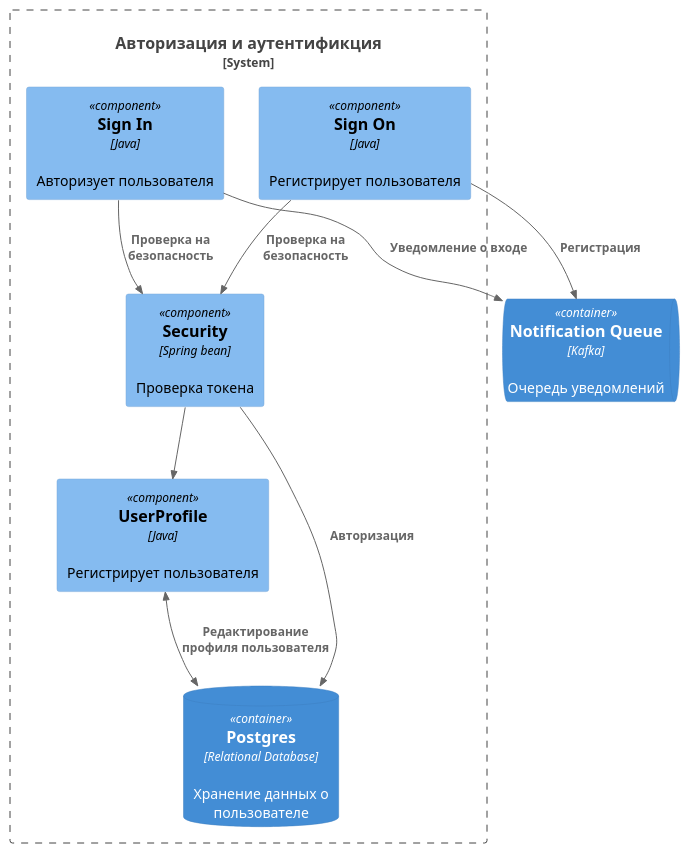
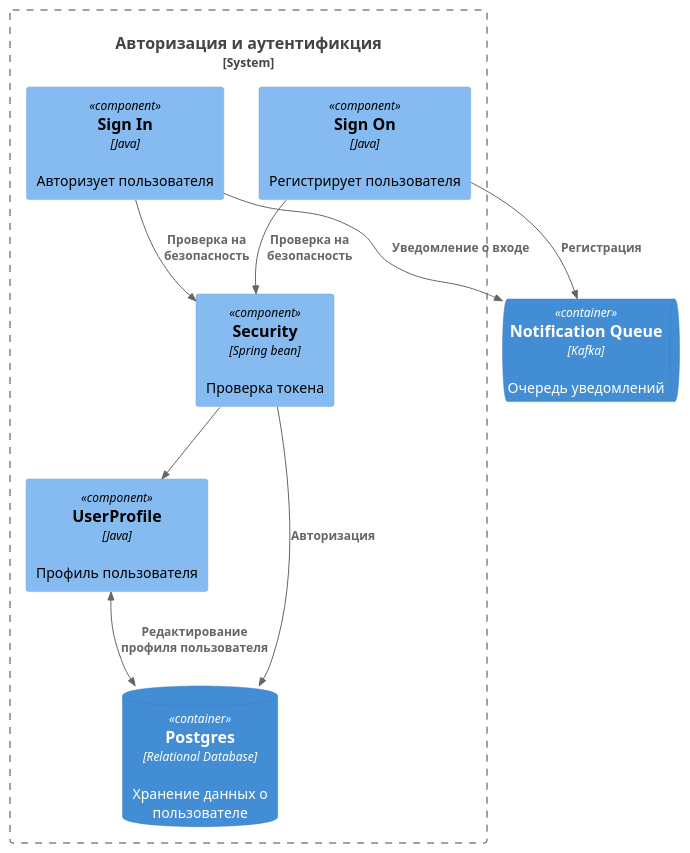
Before and after one commit to SamoilovVV/architecture-sprint-3: the diagram in doc/task2_component_diagram_auth.puml, drawn with PlantUML. The commit also changed 8 other files, not shown here.

```diff
--- a/doc/task2_component_diagram_auth.puml
+++ b/doc/task2_component_diagram_auth.puml
@@ -1,25 +1,25 @@
 @startuml
 !include <C4/C4_Container>
 !include <C4/C4_Component>
 
 System_Boundary(c1, "Авторизация и аутентификция") {
   Component(sign_in, "Sign In", "Java","Авторизует пользователя")
   Component(security, "Security", "Spring bean", "Проверка токена")
   Component(sign_on, "Sign On", "Java", "Регистрирует пользователя")
-  Component(UserProfile, "UserProfile", "Java", "Регистрирует пользователя")
+  Component(UserProfile, "UserProfile", "Java", "Профиль пользователя")
   ContainerDb(users_db, "Postgres", "Relational Database", "Хранение данных о пользователе")
 }
 
 ContainerQueue(NotificationQueue, "Notification Queue", "Kafka", "Очередь уведомлений")
 
 Rel(sign_in, security, "Проверка на безопасность", "")
 Rel(sign_on, security, "Проверка на безопасность", "")
 Rel(security, UserProfile,"")
 
 BiRel(UserProfile, users_db, "Редактирование профиля пользователя", "")
 Rel(sign_on, NotificationQueue, "Регистрация", "")
 Rel(sign_in, NotificationQueue, "Уведомление о входе", "")
 
 Rel(security, users_db, "Авторизация", "")
 
 @enduml
```
